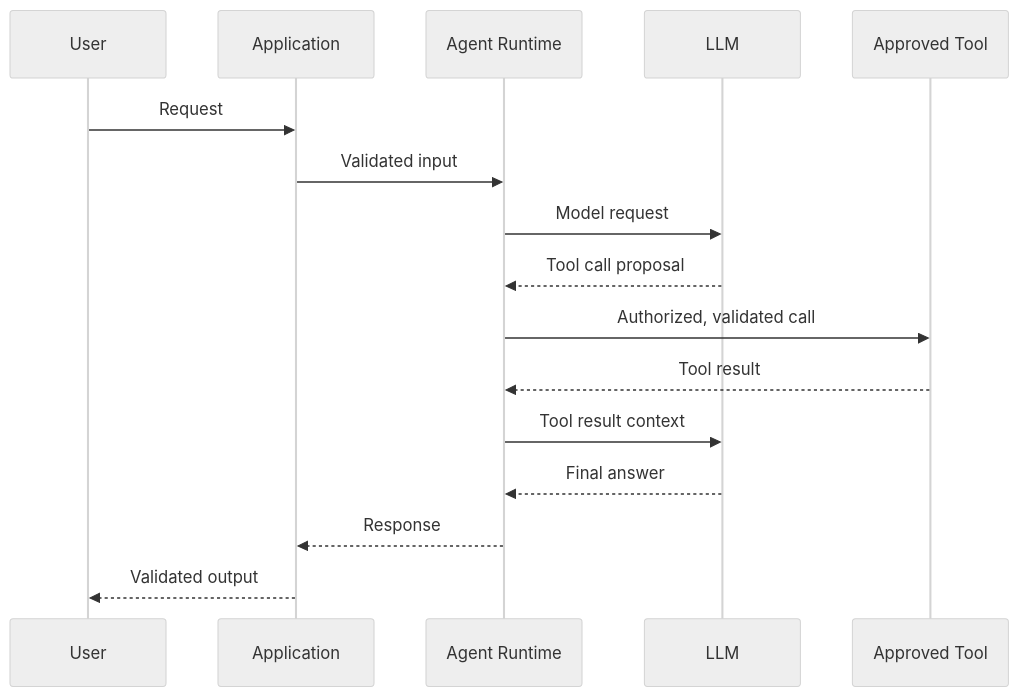
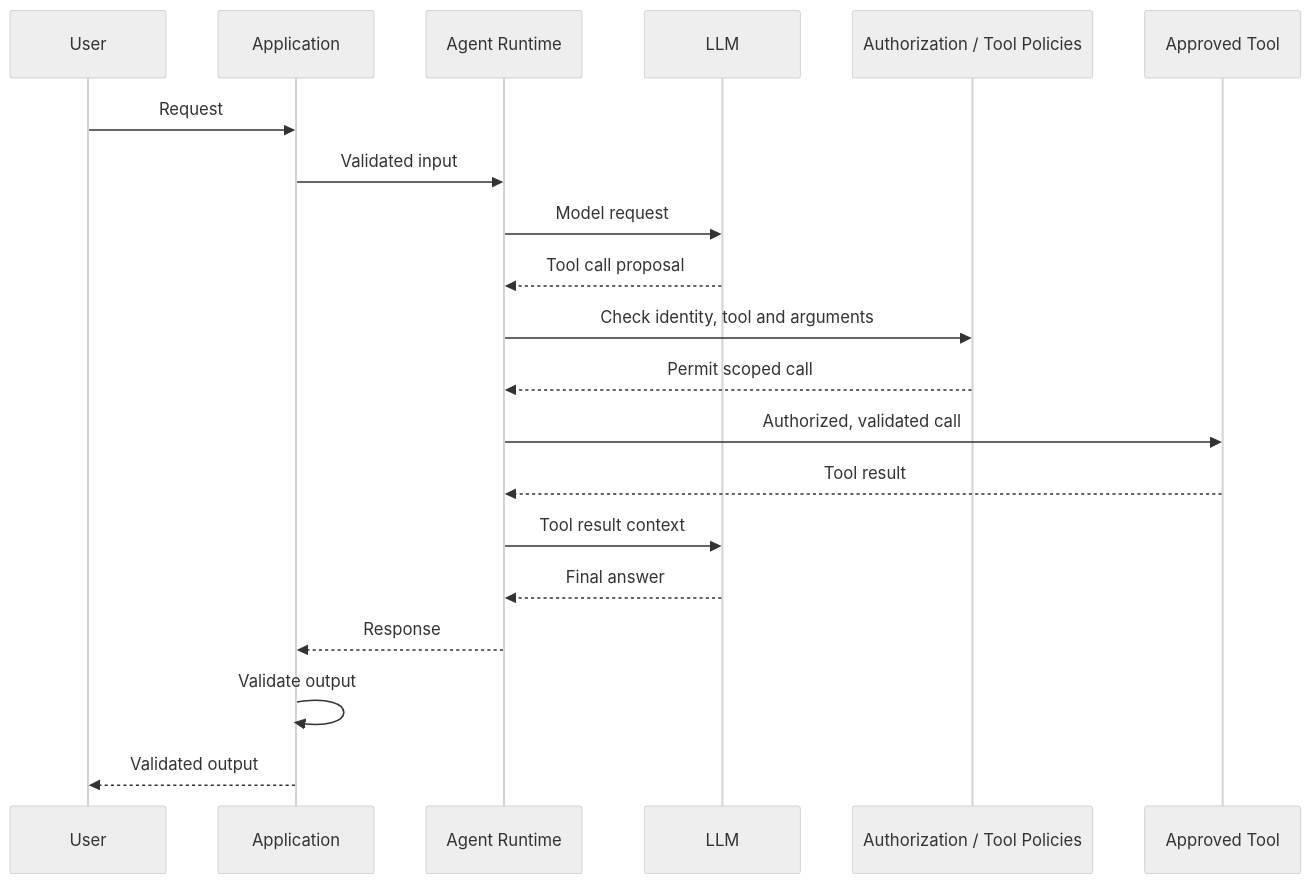
Before and after one commit to Shen-po-heng/AI_Agent_Starter: the fourth of 4 diagrams in README.md, drawn with Mermaid (neutral theme). The commit also changed other lines of this file and 7 other files, not shown here.

Commit message:
docs: publish architecture design guidance and skill

````diff
--- a/README.md
+++ b/README.md
@@ -153,18 +157,22 @@
 ```mermaid
 sequenceDiagram
     participant U as User
     participant A as Application
     participant R as Agent Runtime
     participant L as LLM
+    participant P as Authorization / Tool Policies
     participant T as Approved Tool
     U->>A: Request
     A->>R: Validated input
     R->>L: Model request
     L-->>R: Tool call proposal
+    R->>P: Check identity, tool and arguments
+    P-->>R: Permit scoped call
     R->>T: Authorized, validated call
     T-->>R: Tool result
     R->>L: Tool result context
     L-->>R: Final answer
     R-->>A: Response
+    A->>A: Validate output
     A-->>U: Validated output
 ```
````
